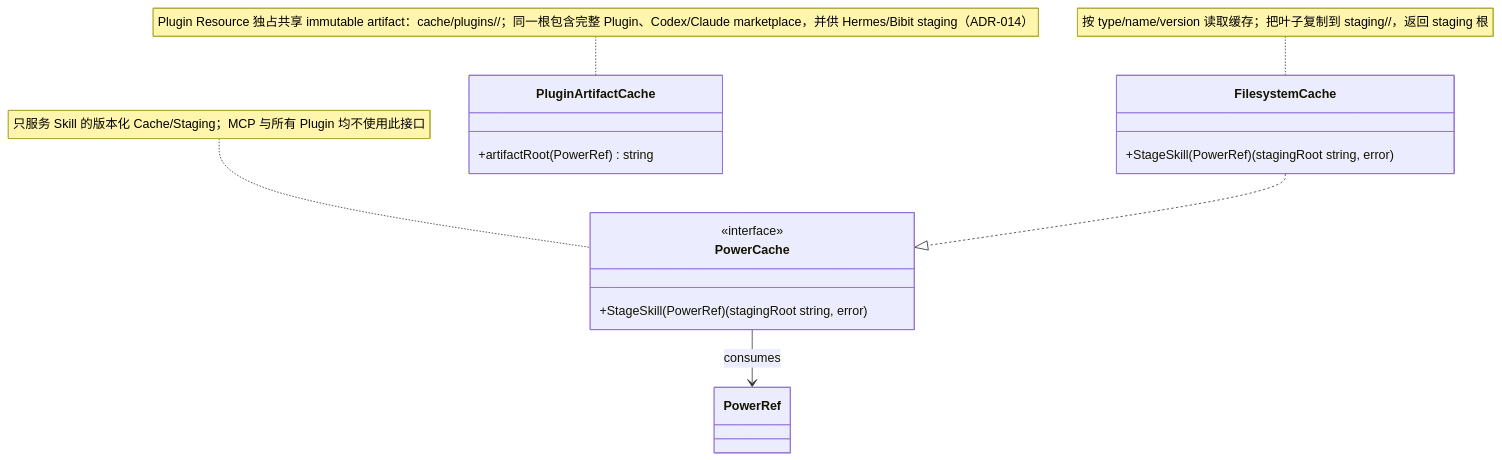
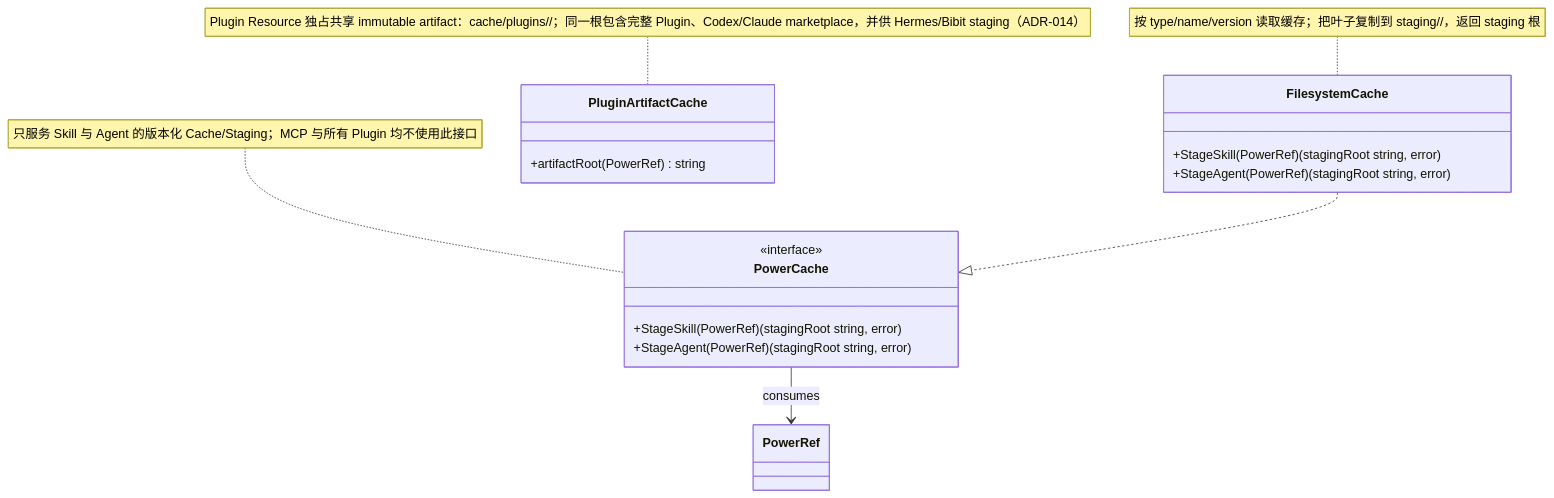
One commit to spacemit-com/agent-power-manager changed the diagram in ivory-tower/c4/components/apm-cli-diagrams/cache-manager.mmd. Above: the diagram before and after it, drawn with Mermaid. The commit also changed 6 other files, not shown here.

Commit message:
docs(agent): document agent power across build and overview

```diff
--- a/ivory-tower/c4/components/apm-cli-diagrams/cache-manager.mmd
+++ b/ivory-tower/c4/components/apm-cli-diagrams/cache-manager.mmd
@@ -1,19 +1,21 @@
 classDiagram
-    note for PowerCache "只服务 Skill 的版本化 Cache/Staging；MCP 与所有 Plugin 均不使用此接口"
+    note for PowerCache "只服务 Skill 与 Agent 的版本化 Cache/Staging；MCP 与所有 Plugin 均不使用此接口"
     class PowerCache {
         <<interface>>
         +StageSkill(PowerRef) (stagingRoot string, error)
+        +StageAgent(PowerRef) (stagingRoot string, error)
     }
 
     note for FilesystemCache "按 type/name/version 读取缓存；把叶子复制到 staging/<type-directory>/<name>，返回 staging 根"
     class FilesystemCache {
         +StageSkill(PowerRef) (stagingRoot string, error)
+        +StageAgent(PowerRef) (stagingRoot string, error)
     }
 
     FilesystemCache ..|> PowerCache
     PowerCache --> PowerRef : consumes
 
     note for PluginArtifactCache "Plugin Resource 独占共享 immutable artifact：cache/plugins/<logical-name>/<version>；同一根包含完整 Plugin、Codex/Claude marketplace，并供 Hermes/Bibit staging（ADR-014）"
     class PluginArtifactCache {
         +artifactRoot(PowerRef) string
     }
```
